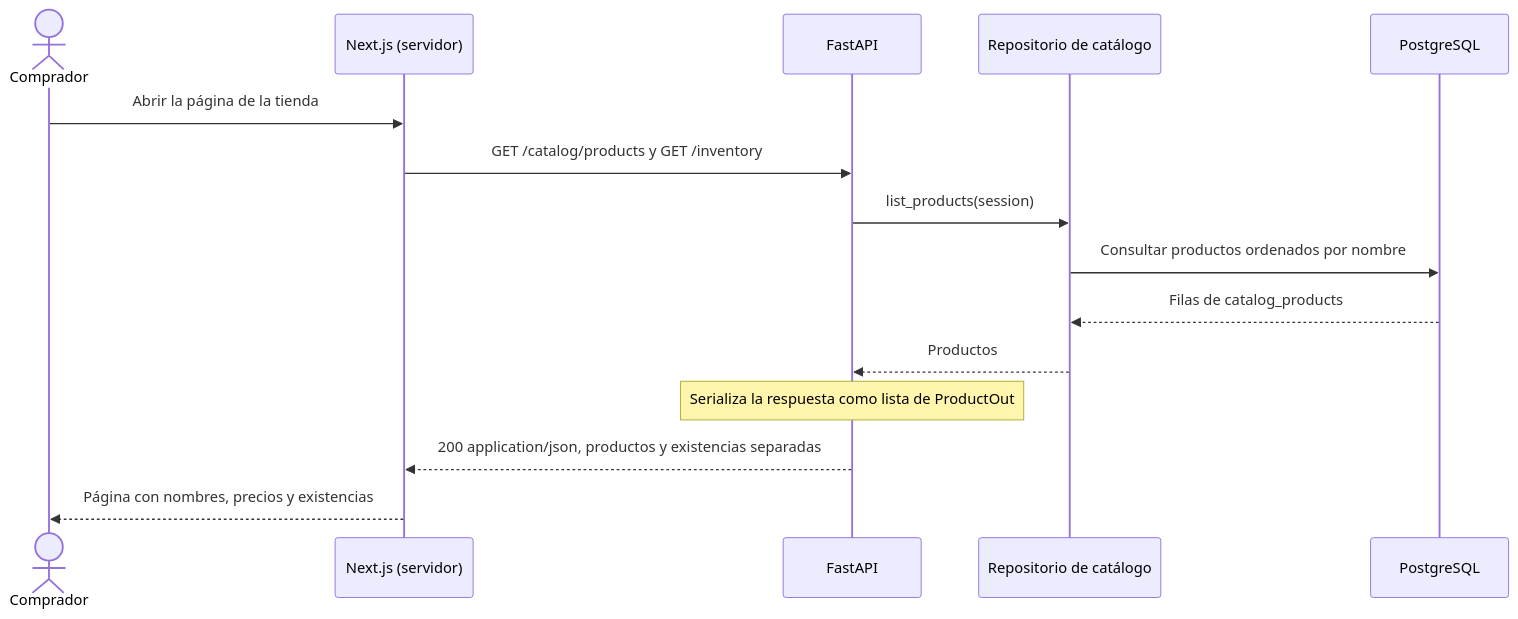
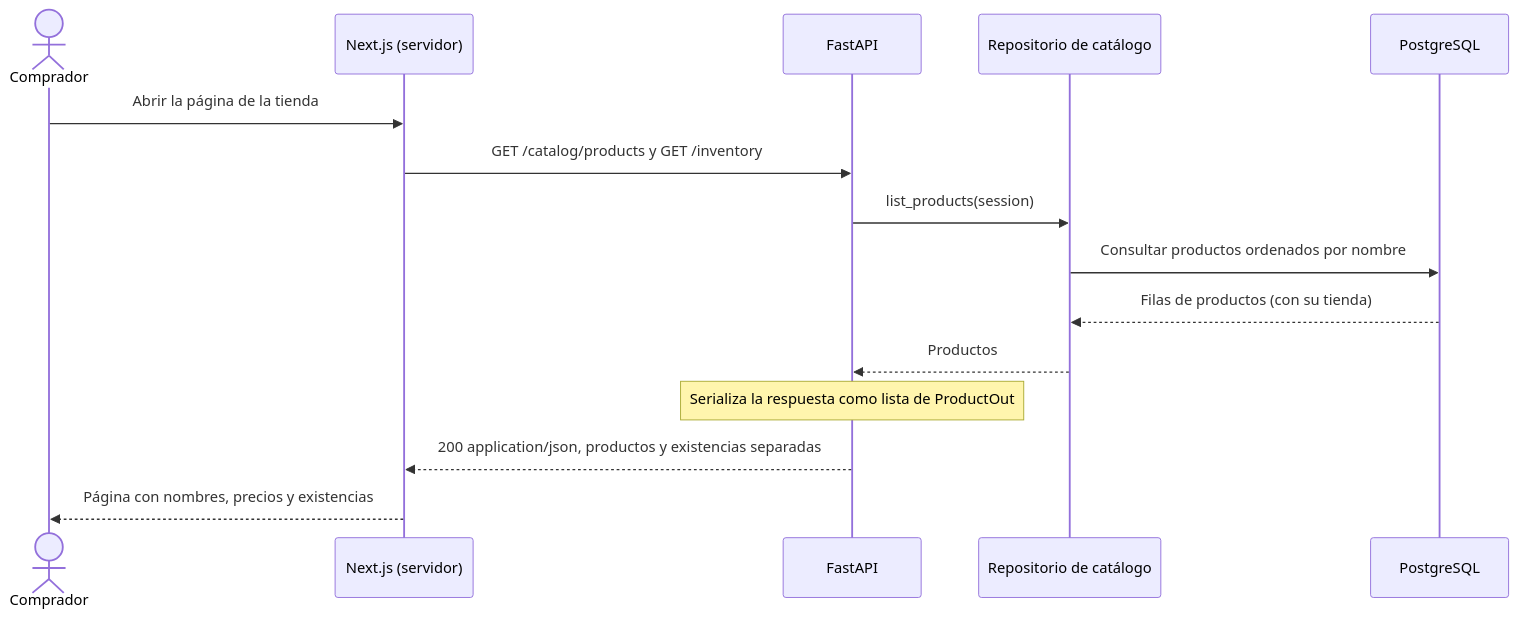
Before and after one commit to ISCOUTB/AS_202620_TIENDA-VIRTUAL-UTB: the first of 2 diagrams in docs/api/contrato-api.md, drawn with Mermaid. The commit also changed other lines of this file and 13 other files, not shown here.

````diff
--- a/docs/api/contrato-api.md
+++ b/docs/api/contrato-api.md
@@ -39,18 +39,18 @@
 ```mermaid
 sequenceDiagram
     actor Usuario as Comprador
     participant Web as Next.js (servidor)
     participant API as FastAPI
     participant Catalogo as Repositorio de catálogo
     participant BD as PostgreSQL
 
     Usuario->>Web: Abrir la página de la tienda
     Web->>API: GET /catalog/products y GET /inventory
     API->>Catalogo: list_products(session)
     Catalogo->>BD: Consultar productos ordenados por nombre
-    BD-->>Catalogo: Filas de catalog_products
+    BD-->>Catalogo: Filas de productos (con su tienda)
     Catalogo-->>API: Productos
     Note over API: Serializa la respuesta como lista de ProductOut
     API-->>Web: 200 application/json, productos y existencias separadas
     Web-->>Usuario: Página con nombres, precios y existencias
 ```
````
